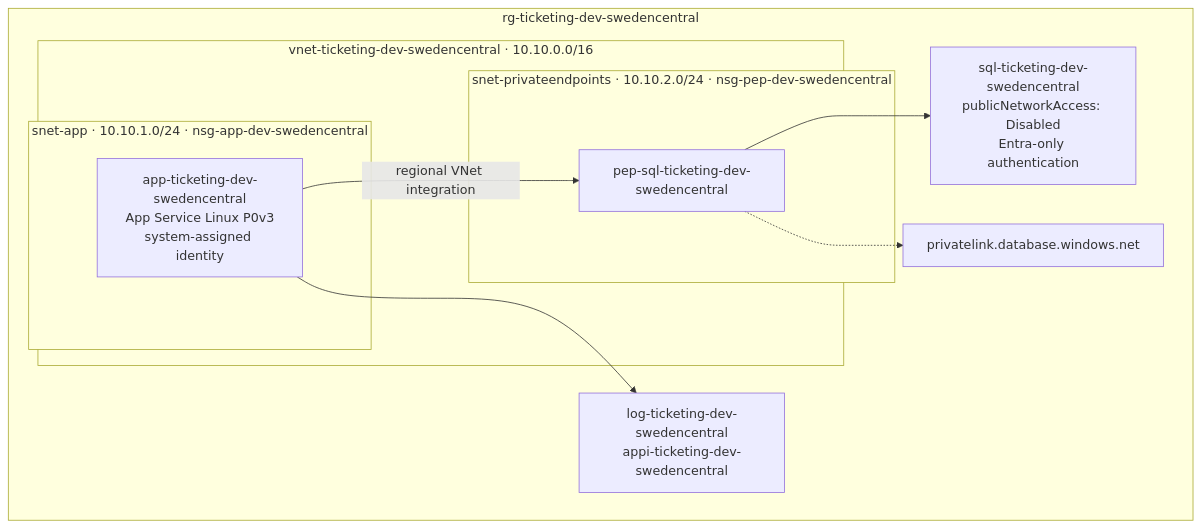
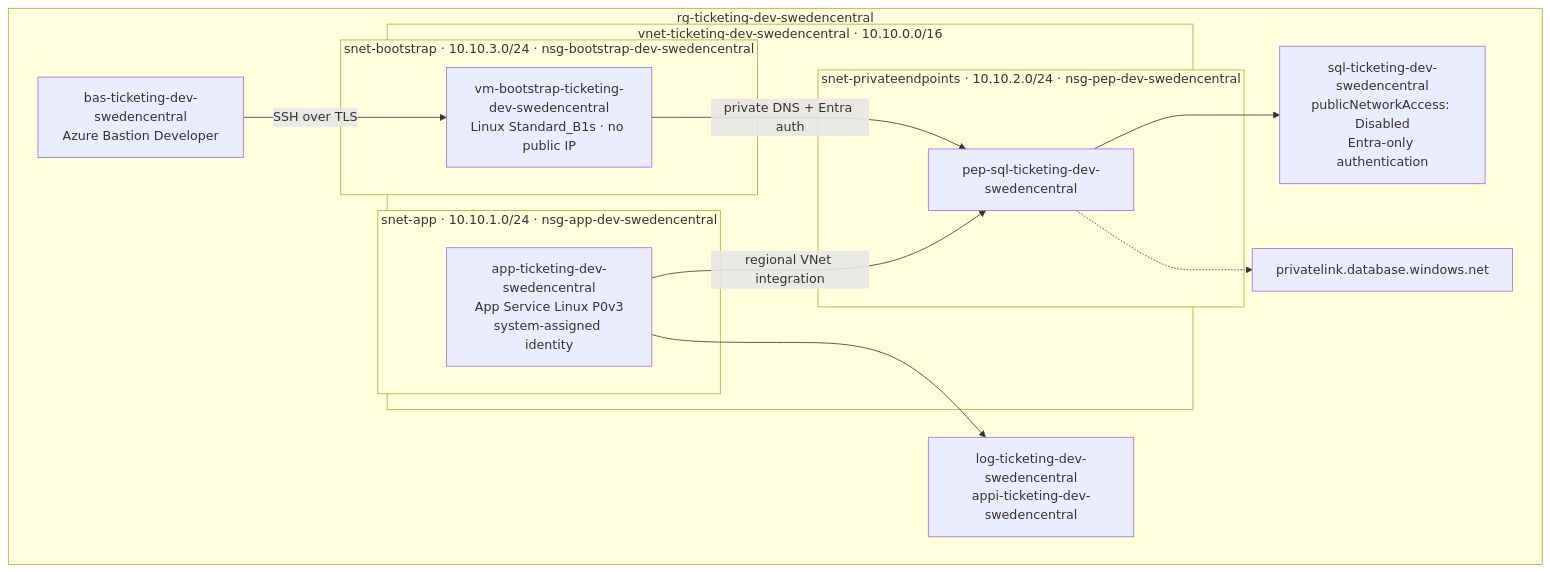
Before and after one commit to donk-msft/AgenticEngineering-Hackathon-Infrastructure: the diagram in docs/concepts/workload.md, drawn with Mermaid. The commit also changed other lines of this file and 14 other files, not shown here.

First line of the commit message:
Add shared bootstrap VM and Bastion access

````diff
--- a/docs/concepts/workload.md
+++ b/docs/concepts/workload.md
@@ -18,20 +18,26 @@
 ```mermaid
 flowchart TB
     subgraph rg["rg-ticketing-dev-swedencentral"]
         subgraph vnet["vnet-ticketing-dev-swedencentral · 10.10.0.0/16"]
             subgraph snetapp["snet-app · 10.10.1.0/24 · nsg-app-dev-swedencentral"]
                 app["app-ticketing-dev-swedencentral<br/>App Service Linux P0v3<br/>system-assigned identity"]
             end
             subgraph snetpe["snet-privateendpoints · 10.10.2.0/24 · nsg-pep-dev-swedencentral"]
                 pep["pep-sql-ticketing-dev-swedencentral"]
             end
-        end
+                subgraph snetbootstrap["snet-bootstrap · 10.10.3.0/24 · nsg-bootstrap-dev-swedencentral"]
+                    vm["vm-bootstrap-ticketing-dev-swedencentral<br/>Linux Standard_B1s · no public IP"]
+                end
+            end
+            bastion["bas-ticketing-dev-swedencentral<br/>Azure Bastion Developer"]
         sql["sql-ticketing-dev-swedencentral<br/>publicNetworkAccess: Disabled<br/>Entra-only authentication"]
         dns["privatelink.database.windows.net"]
         law["log-ticketing-dev-swedencentral<br/>appi-ticketing-dev-swedencentral"]
     end
     app -->|regional VNet integration| pep
     pep --> sql
     pep -.-> dns
     app --> law
+    bastion -->|SSH over TLS| vm
+    vm -->|private DNS + Entra auth| pep
 ```
````
